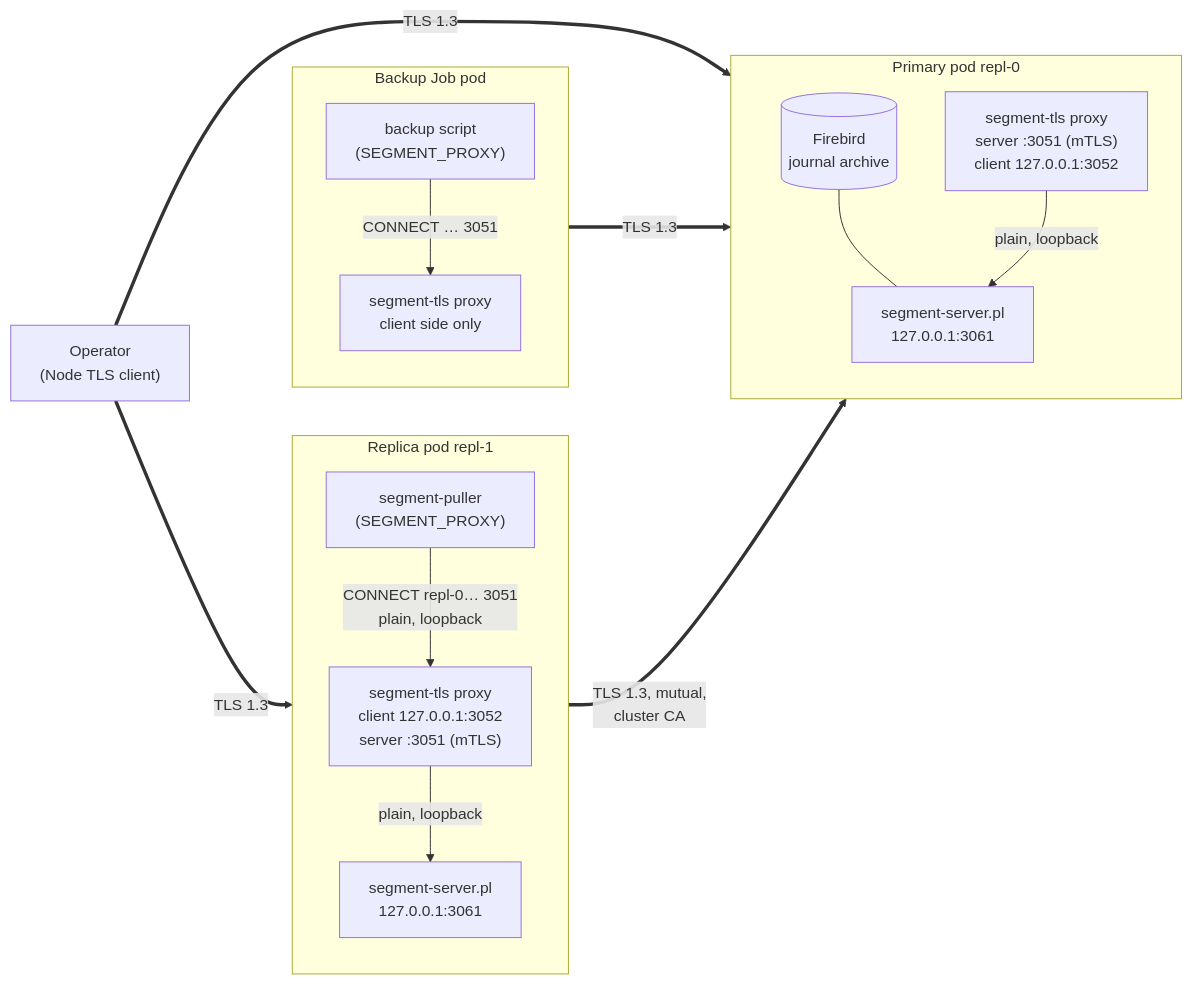
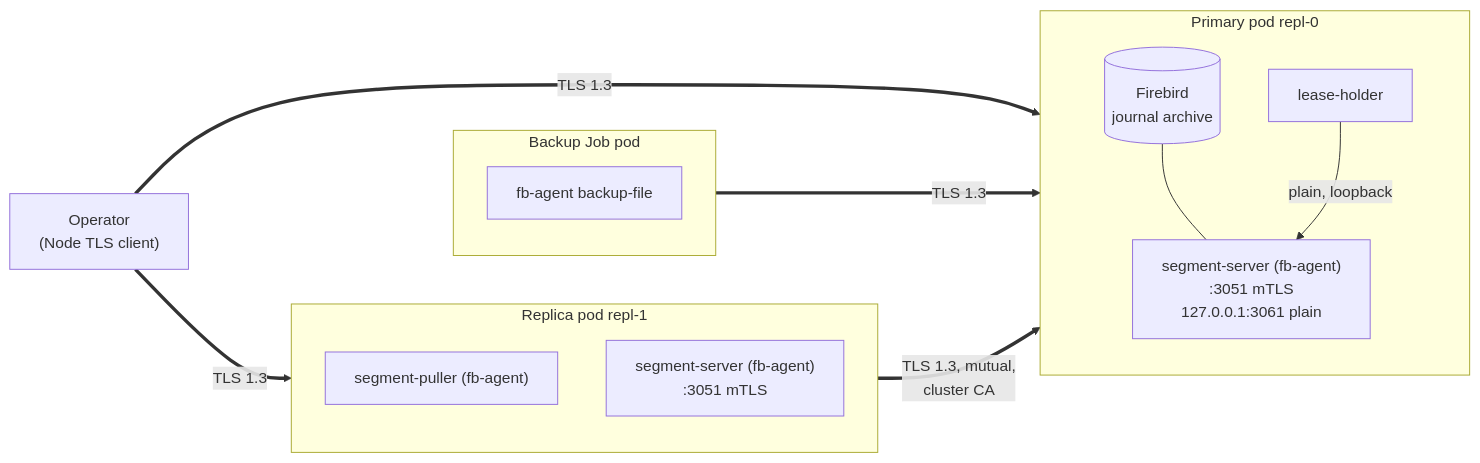
One commit to mariuz/cloudnative-firebird changed the first of 4 diagrams in docs/segment-tls.md. Above: the diagram before and after it, drawn with Mermaid. The commit also changed other lines of this file and 36 other files, not shown here.

````diff
--- a/docs/segment-tls.md
+++ b/docs/segment-tls.md
@@ -149,34 +147,29 @@
 ```mermaid
 flowchart LR
   subgraph P["Primary pod repl-0"]
     direction TB
     PFB[(Firebird<br/>journal archive)]
-    PSS["segment-server.pl<br/>127.0.0.1:3061"]
-    PTLS["segment-tls proxy<br/>server :3051 (mTLS)<br/>client 127.0.0.1:3052"]
+    PSS["segment-server (fb-agent)<br/>:3051 mTLS<br/>127.0.0.1:3061 plain"]
+    PLH["lease-holder"]
     PFB --- PSS
-    PTLS -- "plain, loopback" --> PSS
+    PLH -- "plain, loopback" --> PSS
   end
 
   subgraph R["Replica pod repl-1"]
     direction TB
-    RPULL["segment-puller<br/>(SEGMENT_PROXY)"]
-    RTLS["segment-tls proxy<br/>client 127.0.0.1:3052<br/>server :3051 (mTLS)"]
-    RSS["segment-server.pl<br/>127.0.0.1:3061"]
-    RPULL -- "CONNECT repl-0… 3051<br/>plain, loopback" --> RTLS
-    RTLS -- "plain, loopback" --> RSS
+    RPULL["segment-puller (fb-agent)"]
+    RSS["segment-server (fb-agent)<br/>:3051 mTLS"]
   end
 
   subgraph J["Backup Job pod"]
     direction TB
-    JC["backup script<br/>(SEGMENT_PROXY)"]
-    JTLS["segment-tls proxy<br/>client side only"]
-    JC -- "CONNECT … 3051" --> JTLS
+    JC["fb-agent backup-file"]
   end
 
   OP["Operator<br/>(Node TLS client)"]
 
-  RTLS == "TLS 1.3, mutual,<br/>cluster CA" ==> PTLS
-  JTLS == "TLS 1.3" ==> PTLS
-  OP == "TLS 1.3" ==> PTLS
-  OP == "TLS 1.3" ==> RTLS
+  RPULL == "TLS 1.3, mutual,<br/>cluster CA" ==> PSS
+  JC == "TLS 1.3" ==> PSS
+  OP == "TLS 1.3" ==> PSS
+  OP == "TLS 1.3" ==> RSS
 ```
````
